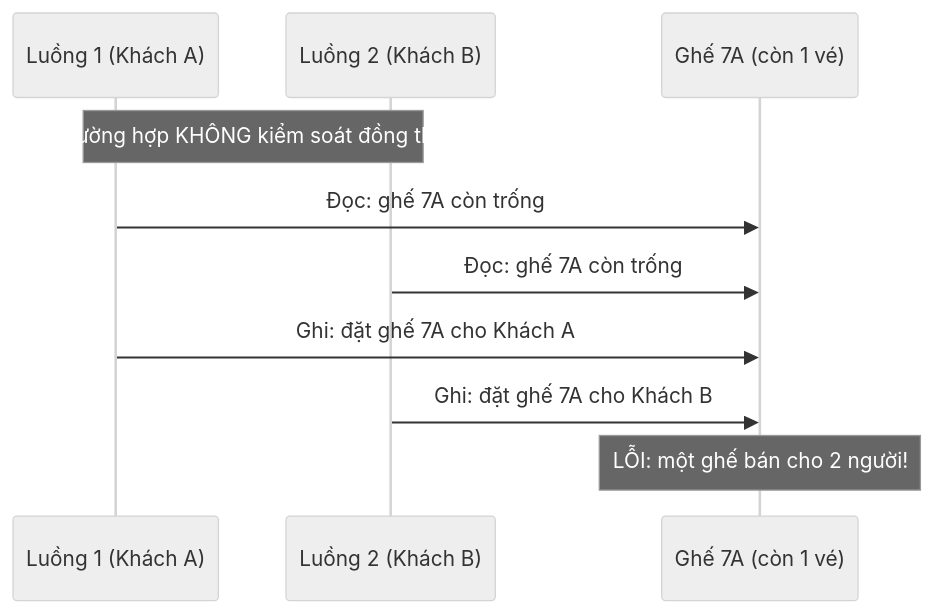
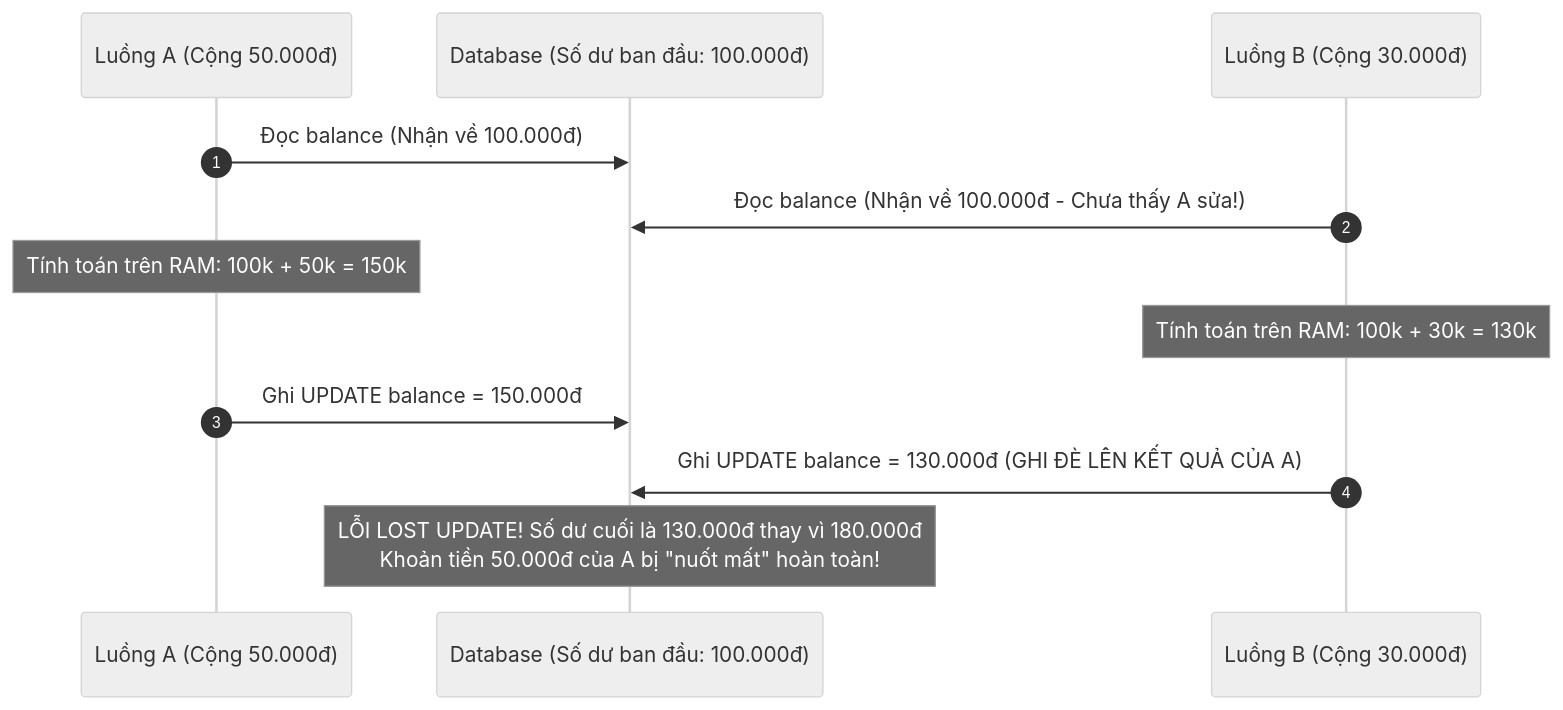
The eighth of 22 diagrams in backend/10-khai-niem-backend-co-ban.md (henruysun2511/software-engineering-handbook), drawn with Mermaid (neutral theme) before and after one commit. The commit also changed other lines of this file and 73 other files, not shown here.

````diff
--- a/backend/10-khai-niem-backend-co-ban.md
+++ b/backend/10-khai-niem-backend-co-ban.md
@@ -312,13 +325,15 @@
 ```mermaid
 sequenceDiagram
-    participant T1 as Luồng 1 (Khách A)
-    participant T2 as Luồng 2 (Khách B)
-    participant D as Ghế 7A (còn 1 vé)
+    autonumber
+    participant A as Luồng A (Cộng 50.000đ)
+    participant DB as Database (Số dư ban đầu: 100.000đ)
+    participant B as Luồng B (Cộng 30.000đ)
 
-    Note over T1,T2: Trường hợp KHÔNG kiểm soát đồng thời
-    T1->>D: Đọc: ghế 7A còn trống
-    T2->>D: Đọc: ghế 7A còn trống
-    T1->>D: Ghi: đặt ghế 7A cho Khách A
-    T2->>D: Ghi: đặt ghế 7A cho Khách B
-    Note over D: LỖI: một ghế bán cho 2 người!
+    A->>DB: Đọc balance (Nhận về 100.000đ)
+    B->>DB: Đọc balance (Nhận về 100.000đ - Chưa thấy A sửa!)
+    Note over A: Tính toán trên RAM: 100k + 50k = 150k
+    Note over B: Tính toán trên RAM: 100k + 30k = 130k
+    A->>DB: Ghi UPDATE balance = 150.000đ
+    B->>DB: Ghi UPDATE balance = 130.000đ (GHI ĐÈ LÊN KẾT QUẢ CỦA A)
+    Note over DB: LỖI LOST UPDATE! Số dư cuối là 130.000đ thay vì 180.000đ<br/>Khoản tiền 50.000đ của A bị "nuốt mất" hoàn toàn!
 ```
````
